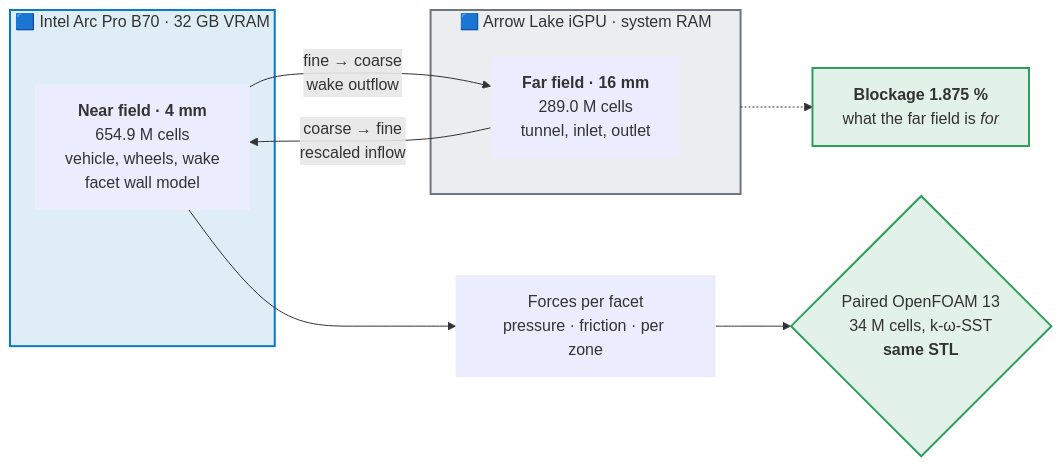
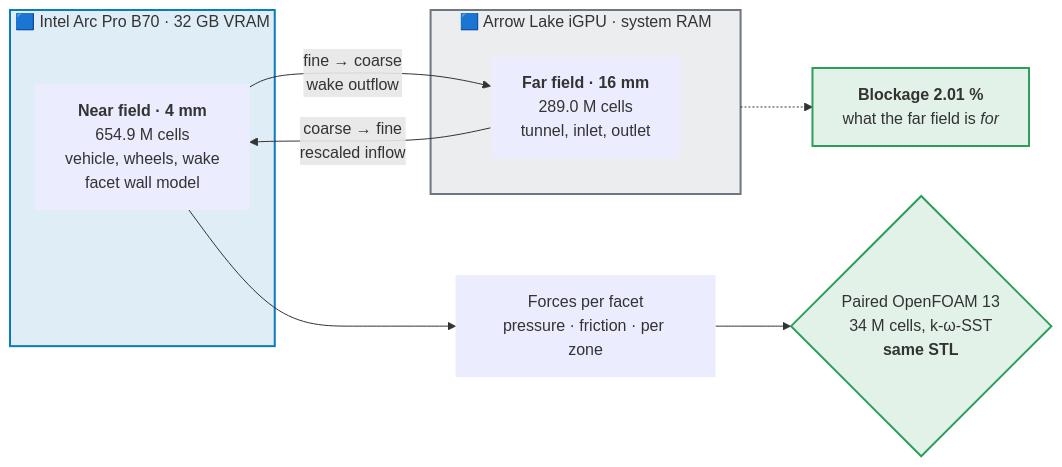
The diagram in README.md (heikogleu-dev/maxattack-cfd-bench), drawn with Mermaid before and after one commit. The commit also changed other lines of this file and 127 other files, not shown here.

````diff
--- a/README.md
+++ b/README.md
@@ -122,22 +131,22 @@
 ```mermaid
 flowchart LR
     subgraph B70["🟦 Intel Arc Pro B70 · 32 GB VRAM"]
         N["<b>Near field · 4 mm</b><br/>654.9 M cells<br/>vehicle, wheels, wake<br/>facet wall model"]
     end
     subgraph IGPU["🟦 Arrow Lake iGPU · system RAM"]
         F["<b>Far field · 16 mm</b><br/>289.0 M cells<br/>tunnel, inlet, outlet"]
     end
     F -- "coarse → fine<br/>rescaled inflow" --> N
     N -- "fine → coarse<br/>wake outflow" --> F
     N --> OUT["Forces per facet<br/>pressure · friction · per zone"]
     OUT --> VAL{"Paired OpenFOAM 13<br/>34 M cells, k-ω-SST<br/><b>same STL</b>"}
-    IGPU -.-> BL["<b>Blockage 1.875 %</b><br/>what the far field is <i>for</i>"]
+    IGPU -.-> BL["<b>Blockage 2.01 %</b><br/>what the far field is <i>for</i>"]
 
     style B70 fill:#0A7BBB22,stroke:#0A7BBB,stroke-width:2px
     style IGPU fill:#6E778122,stroke:#6E7781,stroke-width:2px
     style VAL fill:#2E9E5B22,stroke:#2E9E5B,stroke-width:2px
     style N stroke-width:0px
     style F stroke-width:0px
     style OUT stroke-width:0px
     style BL fill:#2E9E5B22,stroke:#2E9E5B,stroke-width:2px
 ```
````
